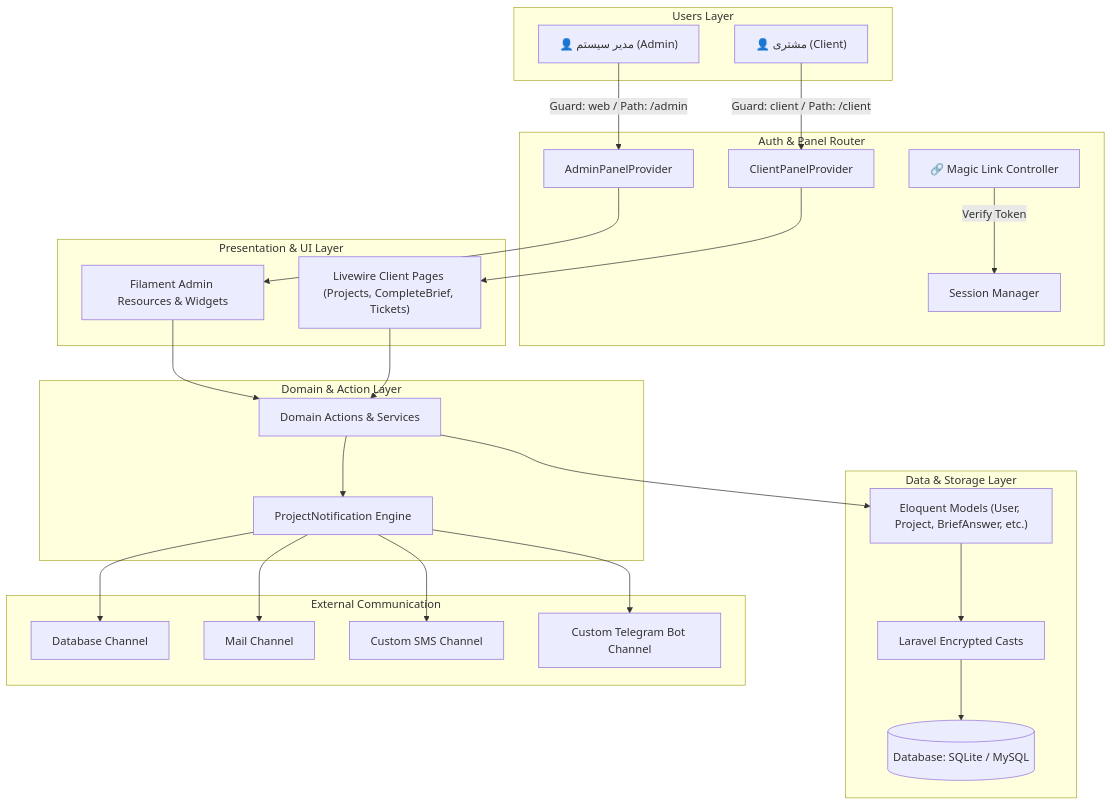
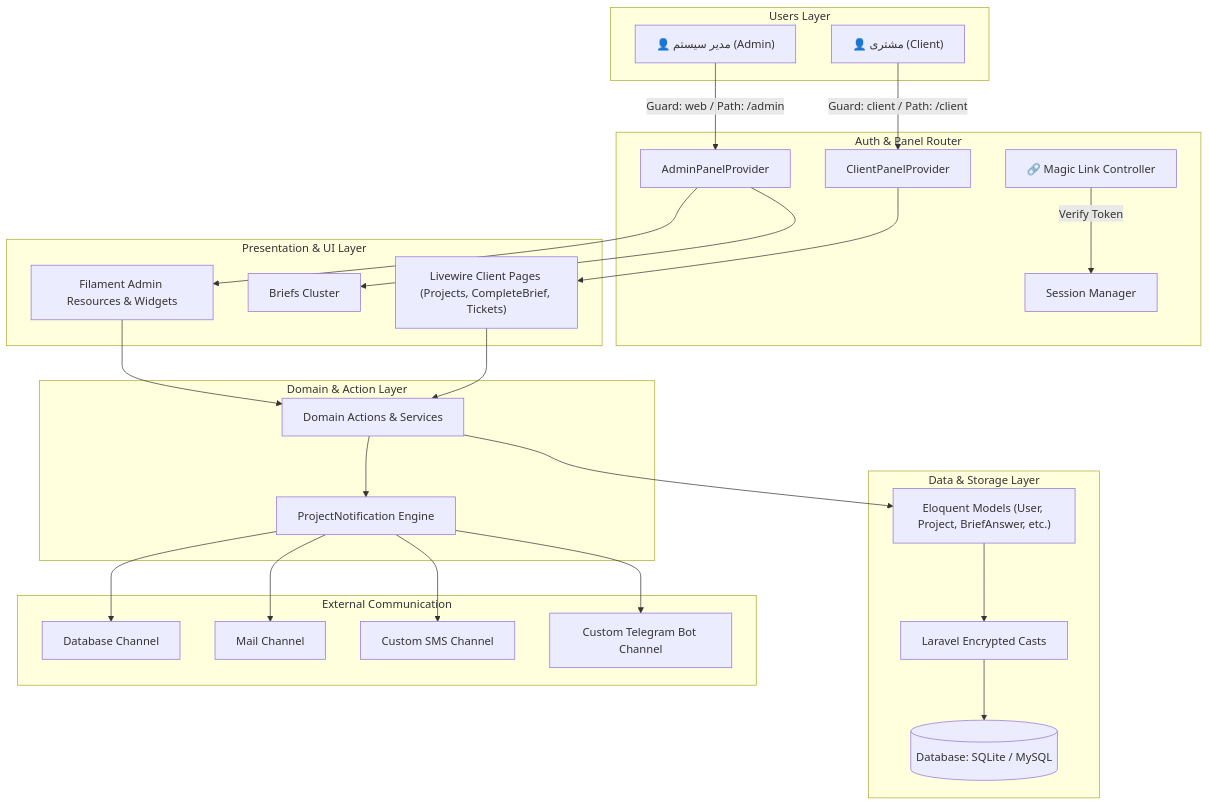
One commit to alimousavi68/hashtcrm changed the first of 2 diagrams in PROJECT_DOCUMENTATION.md. Above: the diagram before and after it, drawn with Mermaid. The commit also changed other lines of this file, not shown here.

````diff
--- a/PROJECT_DOCUMENTATION.md
+++ b/PROJECT_DOCUMENTATION.md
@@ -50,37 +73,38 @@
 ```mermaid
 graph TD
     subgraph Users Layer
         AdminUser["👤 مدیر سیستم (Admin)"]
         ClientUser["👤 مشتری (Client)"]
     end
 
     subgraph Auth & Panel Router
         AdminUser -->|Guard: web / Path: /admin| AdminPanelProvider["AdminPanelProvider"]
         ClientUser -->|Guard: client / Path: /client| ClientPanelProvider["ClientPanelProvider"]
         MagicLink["🔗 Magic Link Controller"] -->|Verify Token| AuthSession["Session Manager"]
     end
 
     subgraph Presentation & UI Layer
         AdminPanelProvider --> AdminResources["Filament Admin Resources & Widgets"]
+        AdminPanelProvider --> BriefsCluster["Briefs Cluster"]
         ClientPanelProvider --> ClientPages["Livewire Client Pages (Projects, CompleteBrief, Tickets)"]
     end
 
     subgraph Domain & Action Layer
         AdminResources --> DomainActions["Domain Actions & Services"]
         ClientPages --> DomainActions
         DomainActions --> NotificationEngine["ProjectNotification Engine"]
     end
 
     subgraph Data & Storage Layer
         DomainActions --> Models["Eloquent Models (User, Project, BriefAnswer, etc.)"]
         Models --> Encryption["Laravel Encrypted Casts"]
         Encryption --> Database[(Database: SQLite / MySQL)]
     end
 
     subgraph External Communication
         NotificationEngine --> DatabaseNotify["Database Channel"]
         NotificationEngine --> MailNotify["Mail Channel"]
         NotificationEngine --> SmsChannel["Custom SMS Channel"]
         NotificationEngine --> TelegramChannel["Custom Telegram Bot Channel"]
     end
 ```
````
